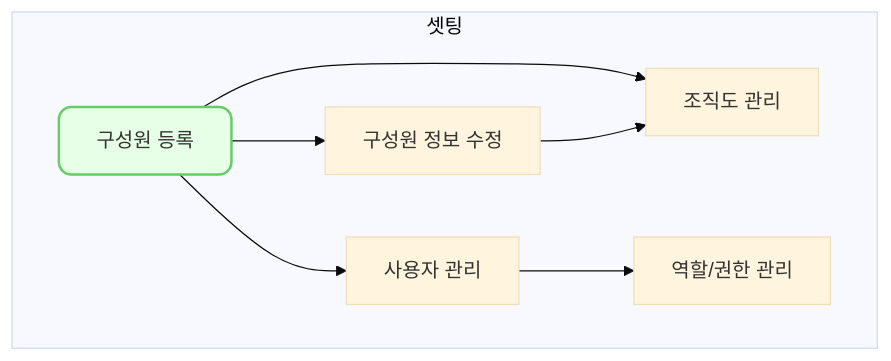
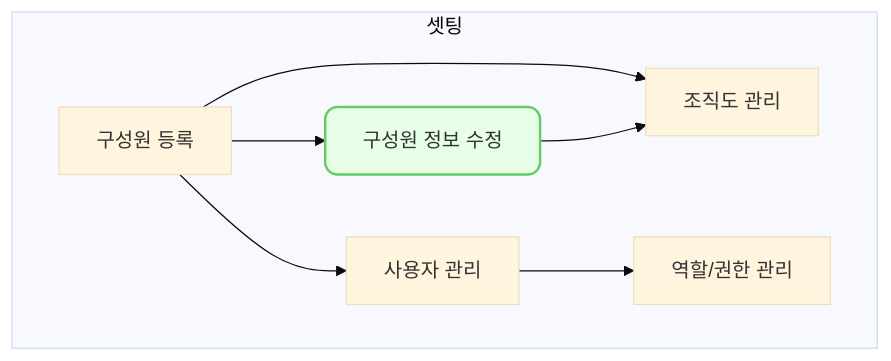
Before and after one commit to cotes2020/jekyll-theme-chirpy: the diagram in _posts/2024-07-02-hr0001.md, drawn with Mermaid (base theme). The commit also changed other lines of this file and 1 other file, not shown here.

Commit message:
선후행 구조도 점검

````diff
--- a/_posts/2024-07-02-hr0001.md
+++ b/_posts/2024-07-02-hr0001.md
@@ -50,21 +46,33 @@
 ```mermaid
 flowchart TD
     subgraph 셋팅["셋팅"]
         hr0001["구성원 등록"]
         hr0002["구성원 정보 수정"]
         hr0007["조직도 관리"]
         se0005["사용자 관리"]
         se0003["역할/권한 관리"]
         hr0001 --> hr0002
         hr0001 --> hr0007
         hr0002 --> hr0007
         hr0001 --> se0005
         se0005 --> se0003
+    end
 
-    click hr0001 "{% post_url 2024-07-02-hr0001 %}" "구성원 등록 페이지로 이동"
-    click hr0002 "{% post_url 2024-07-02-hr0002 %}" "구성원 정보수정 페이지로 이동"
-    click hr0007 "{% post_url 2024-07-02-hr0007 %}" "조직도 관리 페이지로 이동"
+click hr0001 "{% post_url 2024-07-02-hr0001 %}" " "
+click hr0002 "{% post_url 2024-07-02-hr0002 %}" " "
+click hr0007 "{% post_url 2024-07-02-hr0007 %}" " "
+click se0005 "{% post_url 2024-07-02-se0005 %}" " "
+click se0003 "{% post_url 2024-07-03-se0003 %}" " "
+click fd0001 "{% post_url 2024-07-04-fd0001 %}" " "
+click fd0010 "{% post_url 2024-07-04-fd0010 %}" " "
+click fd0011 "{% post_url 2024-07-04-fd0011 %}" " "
+click fm0010 "{% post_url 2024-07-04-fm0010 %}" " "
+click fd0009a "{% post_url 2024-07-05-fd0009a %}" " "
+click fd0013 "{% post_url 2024-07-05-fd0013 %}" " "
+click fd0012 "{% post_url 2024-07-06-fd0012 %}" " "
+click fd0006 "{% post_url 2024-07-07-fd0006 %}" " "
+click oi0002 "{% post_url 2024-07-07-oi0002 %}" " "
+click ed0001 "{% post_url 2024-07-08-ed0001 %}" " "
 
-    end
-style hr0001 fill:#e6ffe6,stroke:#66cc66,stroke-width:2px,rx:10,ry:10
+style hr0002 fill:#e6ffe6,stroke:#66cc66,stroke-width:2px,rx:10,ry:10
 ```
````
